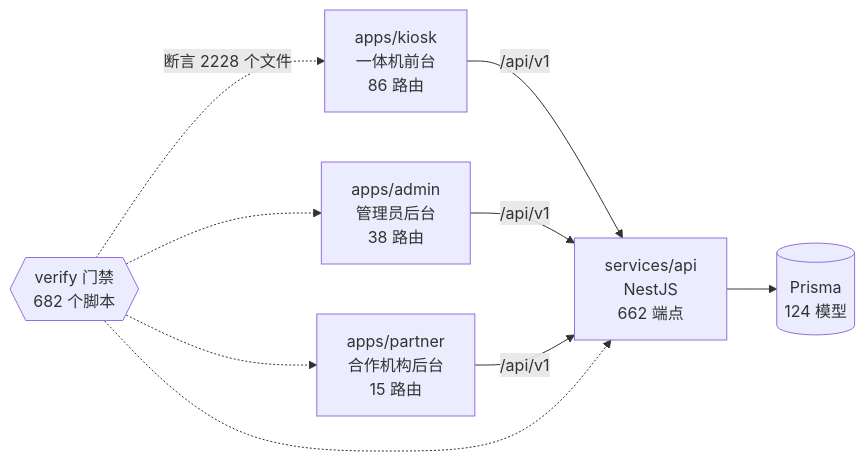
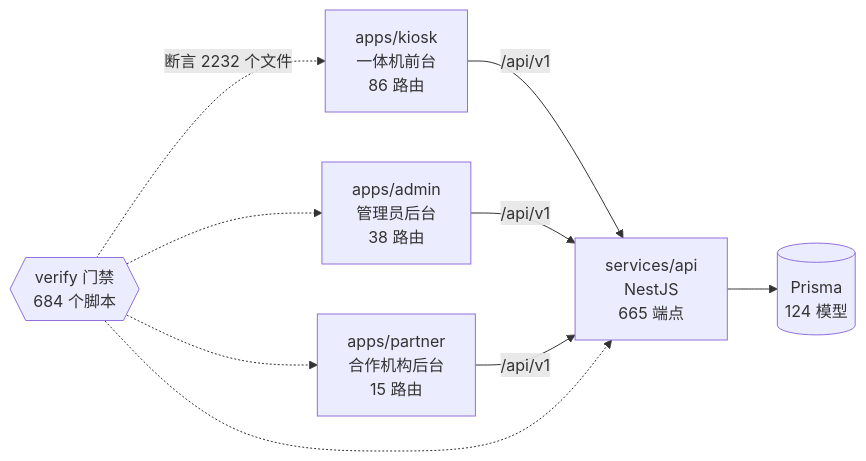
One commit to wanglei581/YITIJI changed the diagram in docs/graph/README.md. Above: the diagram before and after it, drawn with Mermaid. The commit also changed other lines of this file and 3 other files, not shown here.

First line of the commit message:
重生项目图谱，纳入每天免费次数的管理接口

````diff
--- a/docs/graph/README.md
+++ b/docs/graph/README.md
@@ -68,18 +68,18 @@
 ```mermaid
 flowchart LR
   kiosk["apps/kiosk<br/>一体机前台<br/>86 路由"]
   admin["apps/admin<br/>管理员后台<br/>38 路由"]
   partner["apps/partner<br/>合作机构后台<br/>15 路由"]
-  api["services/api<br/>NestJS<br/>662 端点"]
+  api["services/api<br/>NestJS<br/>665 端点"]
   db[("Prisma<br/>124 模型")]
-  gates{{"verify 门禁<br/>682 个脚本"}}
+  gates{{"verify 门禁<br/>684 个脚本"}}
 
   kiosk -->|"/api/v1"| api
   admin -->|"/api/v1"| api
   partner -->|"/api/v1"| api
   api --> db
-  gates -.->|"断言 2228 个文件"| kiosk
+  gates -.->|"断言 2232 个文件"| kiosk
   gates -.-> admin
   gates -.-> partner
   gates -.-> api
 ```
````
